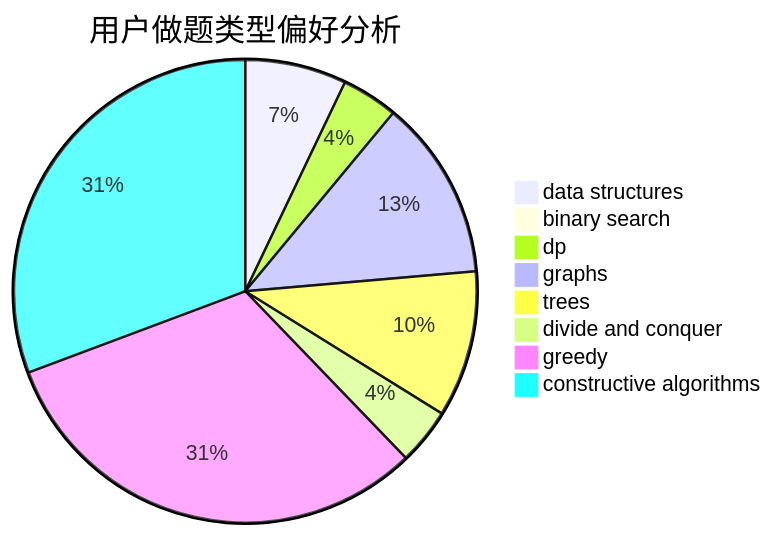
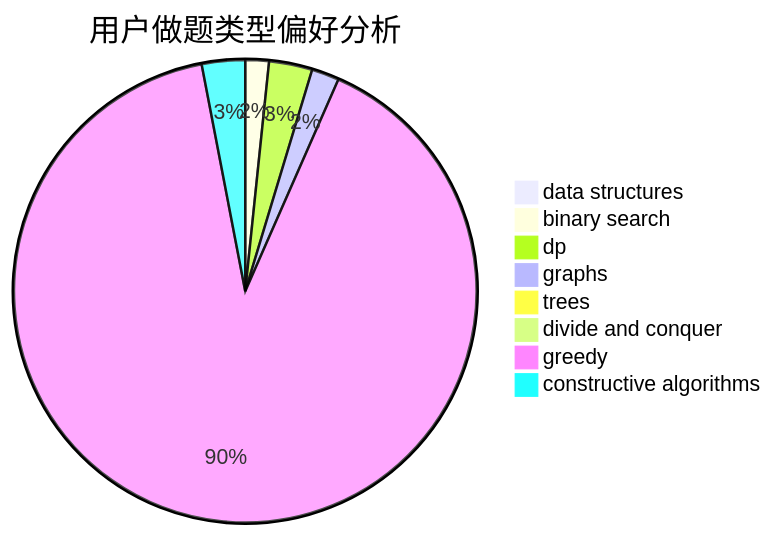
One commit to sherpahu/cfrs.github.io changed the second of 3 diagrams in docs/user/u291.md. Above: the diagram before and after it, drawn with Mermaid. The commit also changed other lines of this file and 2770 other files, not shown here.

````diff
--- a/docs/user/u291.md
+++ b/docs/user/u291.md
@@ -23,11 +23,11 @@
 ```mermaid
 pie title 用户做题类型偏好分析
-    "data structures" :  9
-    "binary search" :  0
-    "dp" :  5
-    "graphs" :  16
-    "trees" :  13
-    "divide and conquer" :  5
-    "greedy" :  40
-    "constructive algorithms" :  39
+    "data structures" :  1
+    "binary search" :  6
+    "dp" :  11
+    "graphs" :  7
+    "trees" :  0
+    "divide and conquer" :  0
+    "greedy" :  329
+    "constructive algorithms" :  11
 ```
````
